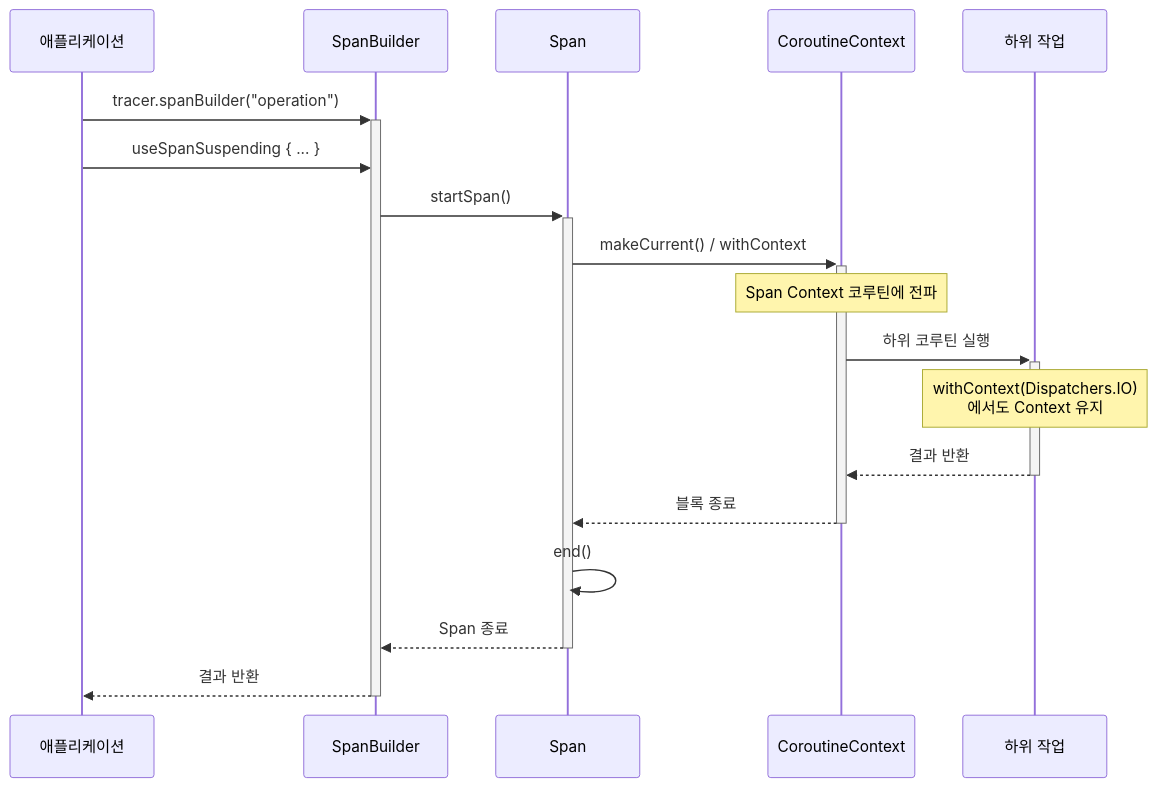
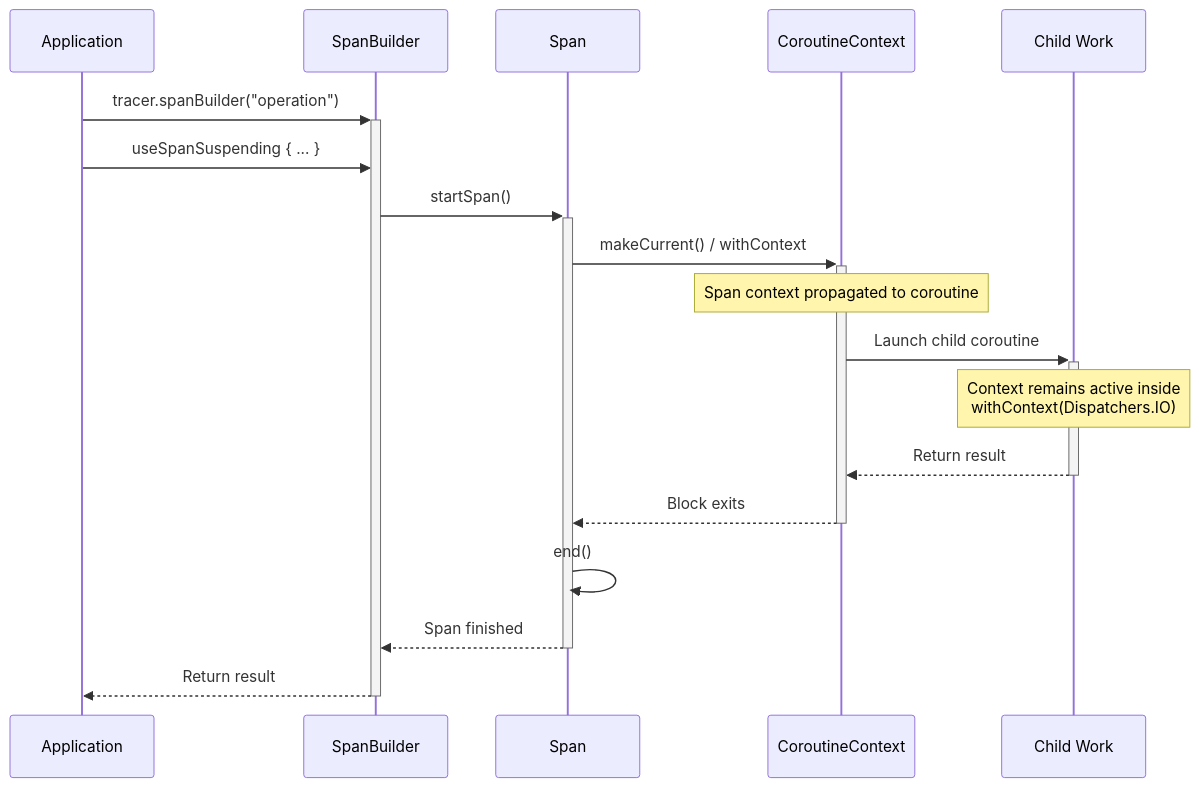
One commit to bluetape4k/bluetape4k-projects changed the third of 4 diagrams in infra/opentelemetry/README.md. Above: the diagram before and after it, drawn with Mermaid. The commit also changed other lines of this file and 265 other files, not shown here.

````diff
--- a/infra/opentelemetry/README.md
+++ b/infra/opentelemetry/README.md
@@ -350,21 +353,21 @@
 ```mermaid
 sequenceDiagram
-    participant App as 애플리케이션
+    participant App as Application
     participant Builder as SpanBuilder
     participant Span as Span
     participant Context as CoroutineContext
-    participant Child as 하위 작업
+    participant Child as Child Work
 
     App->>+Builder: tracer.spanBuilder("operation")
     App->>Builder: useSpanSuspending { ... }
     Builder->>+Span: startSpan()
     Span->>+Context: makeCurrent() / withContext
-    Note over Context: Span Context 코루틴에 전파
-    Context->>+Child: 하위 코루틴 실행
-    Note over Child: withContext(Dispatchers.IO)<br/>에서도 Context 유지
-    Child-->>-Context: 결과 반환
-    Context-->>-Span: 블록 종료
+    Note over Context: Span context propagated to coroutine
+    Context->>+Child: Launch child coroutine
+    Note over Child: Context remains active inside<br/>withContext(Dispatchers.IO)
+    Child-->>-Context: Return result
+    Context-->>-Span: Block exits
     Span->>Span: end()
-    Span-->>-Builder: Span 종료
-    Builder-->>-App: 결과 반환
+    Span-->>-Builder: Span finished
+    Builder-->>-App: Return result
 ```
````
